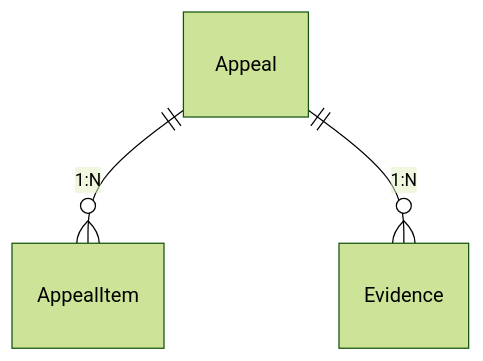
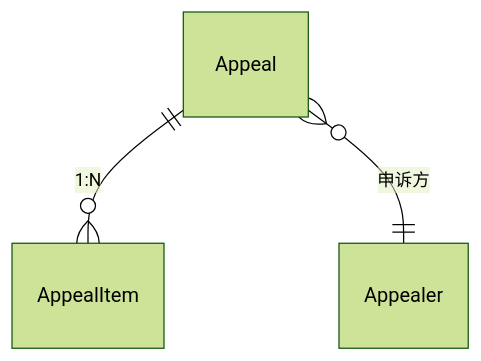
Before and after one commit to oleewen/ai-master: diagram 20 of 20 in docs/design/申诉详设.md, drawn with Mermaid (forest theme). The commit also changed other lines of this file and 1 other file, not shown here.

````diff
--- a/docs/design/申诉详设.md
+++ b/docs/design/申诉详设.md
@@ -200,5 +624,5 @@
 ```mermaid
 erDiagram
     Appeal ||--o{ AppealItem : "1:N"
-    Appeal ||--o{ Evidence : "1:N"
+    Appeal }o--|| Appealer : "申诉方"
 ```
````
